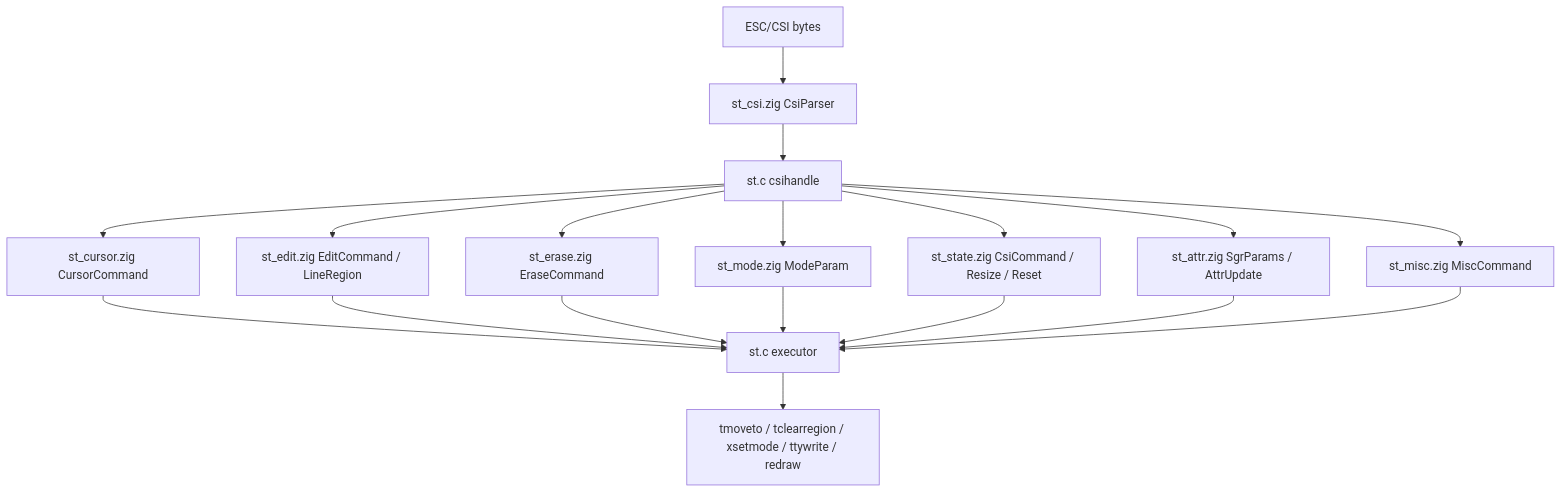
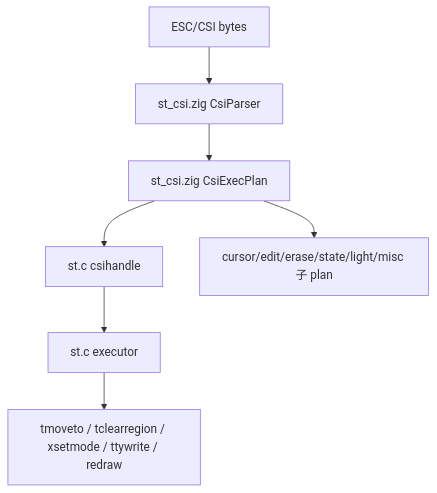
One commit to zdzDesigner/st changed the fourth of 9 diagrams in docs/architecture-flow.md. Above: the diagram before and after it, drawn with Mermaid. The commit also changed other lines of this file and 11 other files, not shown here.

````diff
--- a/docs/architecture-flow.md
+++ b/docs/architecture-flow.md
@@ -92,20 +92,9 @@
 ```mermaid
 flowchart TD
     Raw[ESC/CSI bytes] --> Parse[st_csi.zig CsiParser]
-    Parse --> Handle[st.c csihandle]
-    Handle --> Cursor[st_cursor.zig CursorCommand]
-    Handle --> Edit[st_edit.zig EditCommand / LineRegion]
-    Handle --> Erase[st_erase.zig EraseCommand]
-    Handle --> Mode[st_mode.zig ModeParam]
-    Handle --> State[st_state.zig CsiCommand / Resize / Reset]
-    Handle --> Attr[st_attr.zig SgrParams / AttrUpdate]
-    Handle --> Misc[st_misc.zig MiscCommand]
-    Cursor --> CExec[st.c executor]
-    Edit --> CExec
-    Erase --> CExec
-    Mode --> CExec
-    State --> CExec
-    Attr --> CExec
-    Misc --> CExec
+    Parse --> Plan[st_csi.zig CsiExecPlan]
+    Plan --> Handle[st.c csihandle]
+    Plan --> Cursor[cursor/edit/erase/state/light/misc 子 plan]
+    Handle --> CExec[st.c executor]
     CExec --> Effects[tmoveto / tclearregion / xsetmode / ttywrite / redraw]
 ```
````
